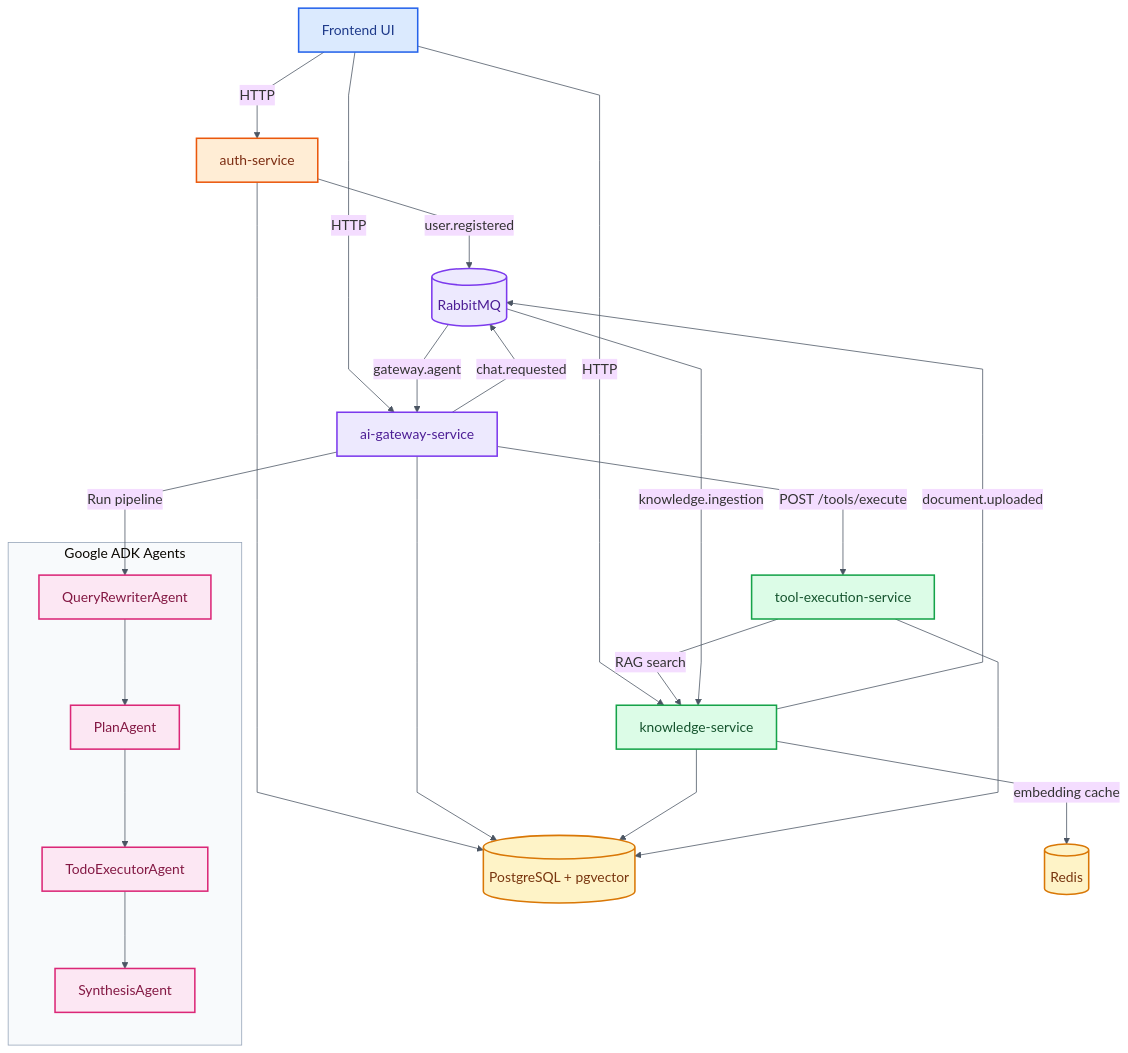
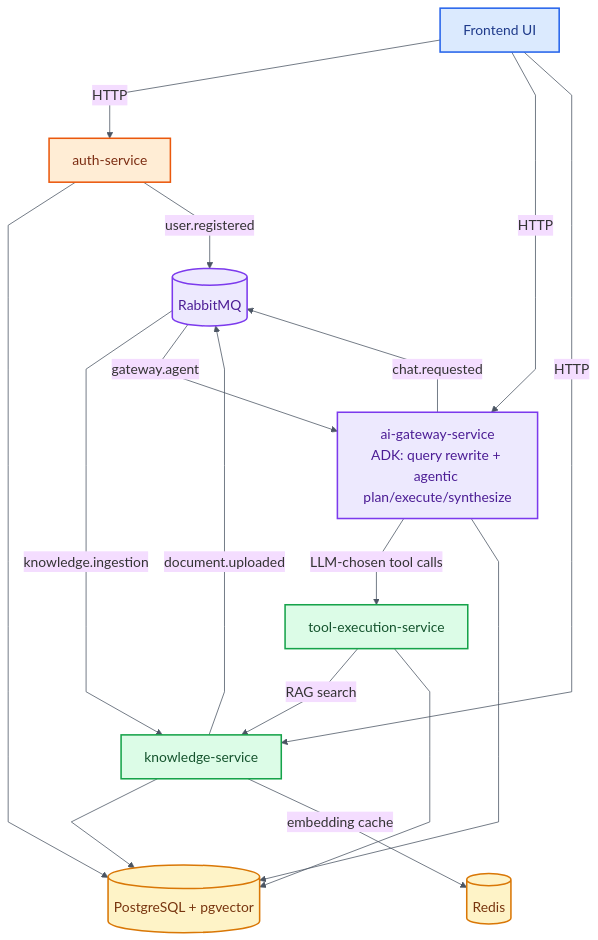
One commit to Danilka-Akarawita/Assignment changed the first of 2 diagrams in README.md. Above: the diagram before and after it, drawn with Mermaid. The commit also changed other lines of this file and 1 other file, not shown here.

Commit message:
edited the diagram

````diff
--- a/README.md
+++ b/README.md
@@ -34,54 +34,43 @@
 ```mermaid
 %%{init: {'theme':'base','flowchart': {'curve':'linear','nodeSpacing': 60,'rankSpacing': 85},'themeVariables': {'fontFamily':'Arial','fontSize':'18px','lineColor':'#4b5563','clusterBkg':'#f8fafc','clusterBorder':'#94a3b8'}}}%%
 flowchart TB
   UI[Frontend UI]
   AUTH[auth-service]
-  GW[ai-gateway-service]
+  GW["ai-gateway-service<br/>ADK: query rewrite + agentic plan/execute/synthesize"]
   KNOW[knowledge-service]
   TOOLS[tool-execution-service]
   RMQ[(RabbitMQ)]
   DB[(PostgreSQL + pgvector)]
   REDIS[(Redis)]
 
-  subgraph agents [Google ADK Agents]
-    QR[QueryRewriterAgent]
-    PA[PlanAgent]
-    TE[TodoExecutorAgent]
-    SA[SynthesisAgent]
-    QR --> PA --> TE --> SA
-  end
-
   UI -->|HTTP| AUTH
   UI -->|HTTP| GW
   UI -->|HTTP| KNOW
 
-  GW -->|Run pipeline| QR
-  GW -->|POST /tools/execute| TOOLS
+  GW -->|LLM-chosen tool calls| TOOLS
   TOOLS -->|RAG search| KNOW
 
   AUTH --> DB
   GW --> DB
   KNOW --> DB
   TOOLS --> DB
   KNOW -->|embedding cache| REDIS
 
   AUTH -->|user.registered| RMQ
   KNOW -->|document.uploaded| RMQ
   RMQ -->|knowledge.ingestion| KNOW
   GW -->|chat.requested| RMQ
   RMQ -->|gateway.agent| GW
 
   classDef ui fill:#dbeafe,stroke:#2563eb,color:#1e3a8a,stroke-width:2px;
   classDef auth fill:#ffedd5,stroke:#ea580c,color:#7c2d12,stroke-width:2px;
   classDef gateway fill:#ede9fe,stroke:#7c3aed,color:#4c1d95,stroke-width:2px;
-  classDef agents fill:#fce7f3,stroke:#db2777,color:#831843,stroke-width:2px;
   classDef services fill:#dcfce7,stroke:#16a34a,color:#14532d,stroke-width:2px;
   classDef storage fill:#fef3c7,stroke:#d97706,color:#78350f,stroke-width:2px;
 
   class UI ui;
   class AUTH auth;
   class GW,RMQ gateway;
-  class QR,PA,TE,SA agents;
   class KNOW,TOOLS services;
   class DB,REDIS storage;
 ```
````
